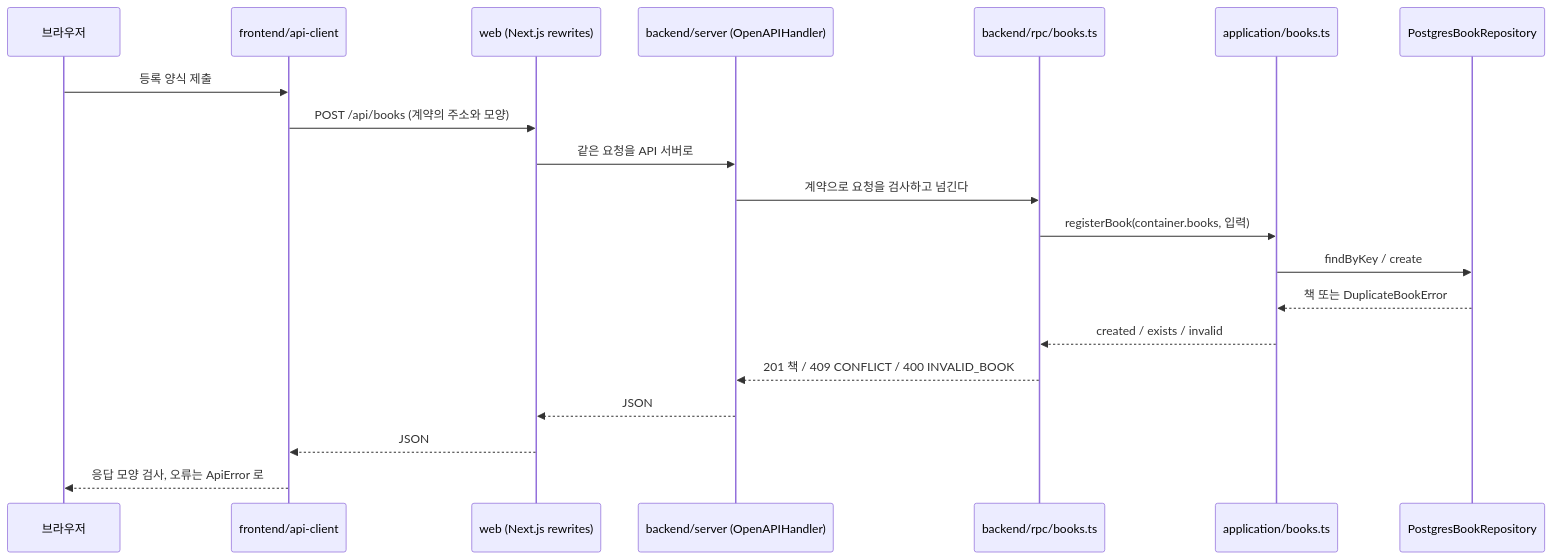
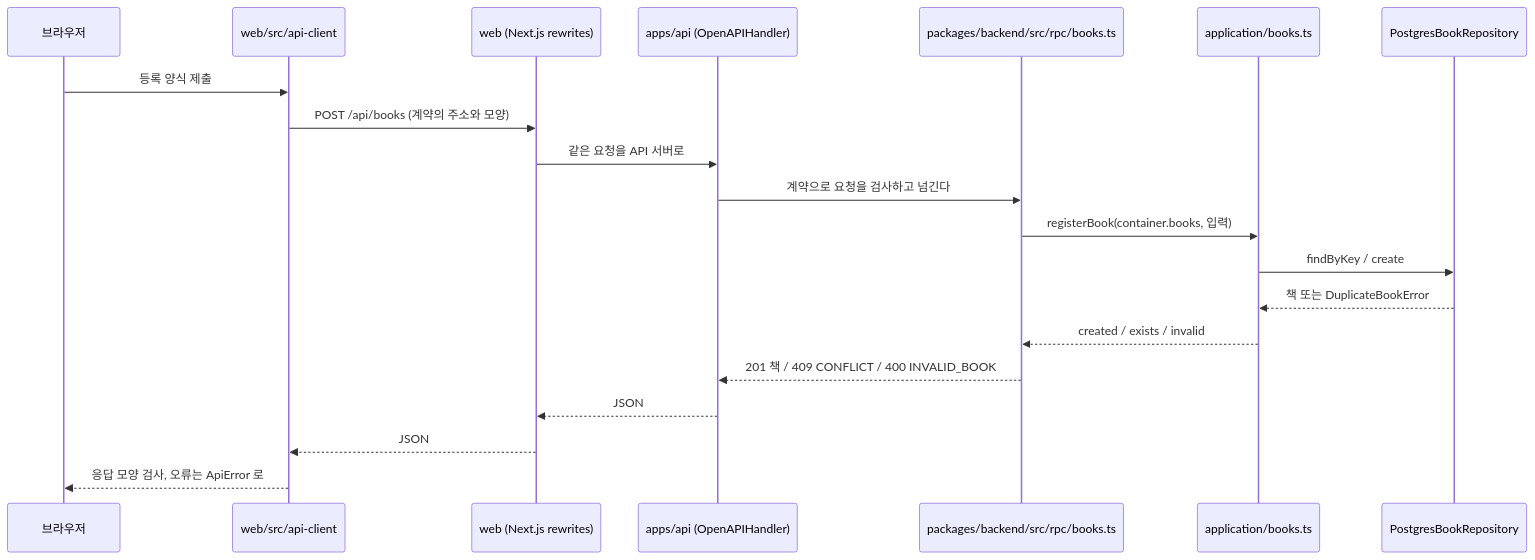
The third of 5 diagrams in docs/architecture.md (Changsik00/inkle), drawn with Mermaid before and after one commit. The commit also changed other lines of this file and 204 other files, not shown here.

````diff
--- a/docs/architecture.md
+++ b/docs/architecture.md
@@ -174,22 +153,22 @@
 ```mermaid
 sequenceDiagram
     participant B as 브라우저
-    participant K as frontend/api-client
+    participant K as web/src/api-client
     participant N as web (Next.js rewrites)
-    participant R as backend/server (OpenAPIHandler)
-    participant S as backend/rpc/books.ts
+    participant R as apps/api (OpenAPIHandler)
+    participant S as packages/backend/src/rpc/books.ts
     participant U as application/books.ts
     participant P as PostgresBookRepository
     B->>K: 등록 양식 제출
     K->>N: POST /api/books (계약의 주소와 모양)
     N->>R: 같은 요청을 API 서버로
     R->>S: 계약으로 요청을 검사하고 넘긴다
     S->>U: registerBook(container.books, 입력)
     U->>P: findByKey / create
     P-->>U: 책 또는 DuplicateBookError
     U-->>S: created / exists / invalid
     S-->>R: 201 책 / 409 CONFLICT / 400 INVALID_BOOK
     R-->>N: JSON
     N-->>K: JSON
     K-->>B: 응답 모양 검사, 오류는 ApiError 로
 ```
````
